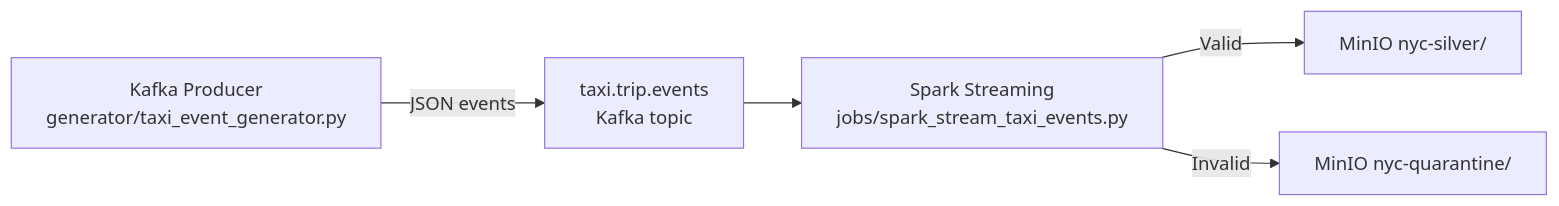
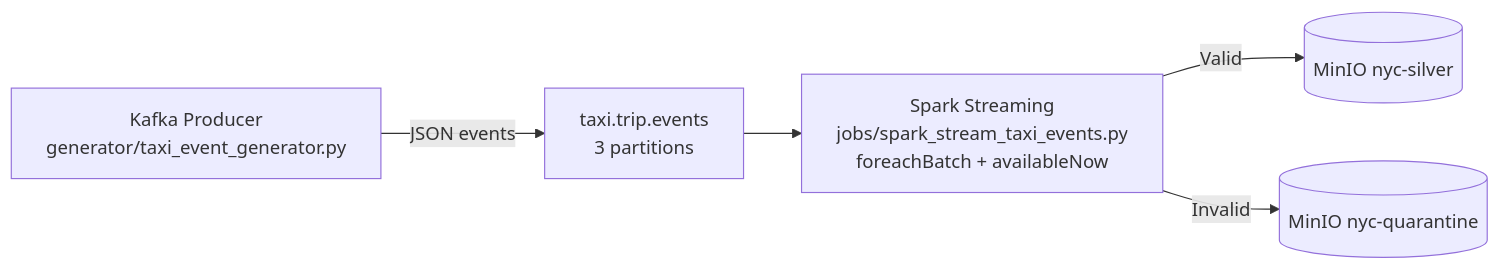
One commit to DawieMalmsteel/nyc_new changed the fourth of 6 diagrams in GUIDE.md. Above: the diagram before and after it, drawn with Mermaid. The commit also changed other lines of this file, not shown here.

First line of the commit message:
Rewrite GUIDE.md mermaid diagrams for accuracy

````diff
--- a/GUIDE.md
+++ b/GUIDE.md
@@ -306,7 +306,7 @@
 ```mermaid
 flowchart LR
-    Prod[Kafka Producer<br/>generator/taxi_event_generator.py] -->|JSON events| Topic[ taxi.trip.events<br/>Kafka topic]
-    Topic --> Stream[Spark Streaming<br/>jobs/spark_stream_taxi_events.py]
-    Stream -->|Valid| Silver[MinIO nyc-silver/]
-    Stream -->|Invalid| Quar[MinIO nyc-quarantine/]
+    Gen[Kafka Producer<br/>generator/taxi_event_generator.py] -->|JSON events| T[taxi.trip.events<br/>3 partitions]
+    T --> SS[Spark Streaming<br/>jobs/spark_stream_taxi_events.py<br/>foreachBatch + availableNow]
+    SS -->|Valid| S[(MinIO nyc-silver)]
+    SS -->|Invalid| Q[(MinIO nyc-quarantine)]
 ```
````
